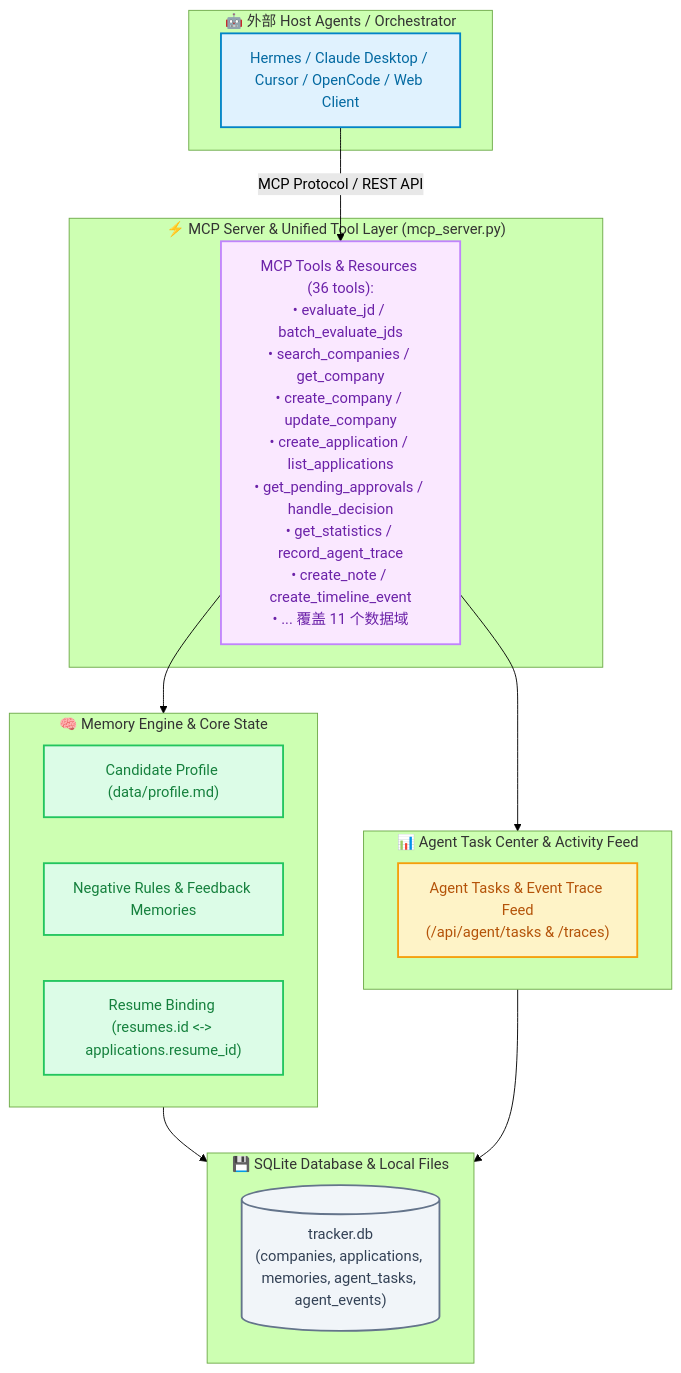
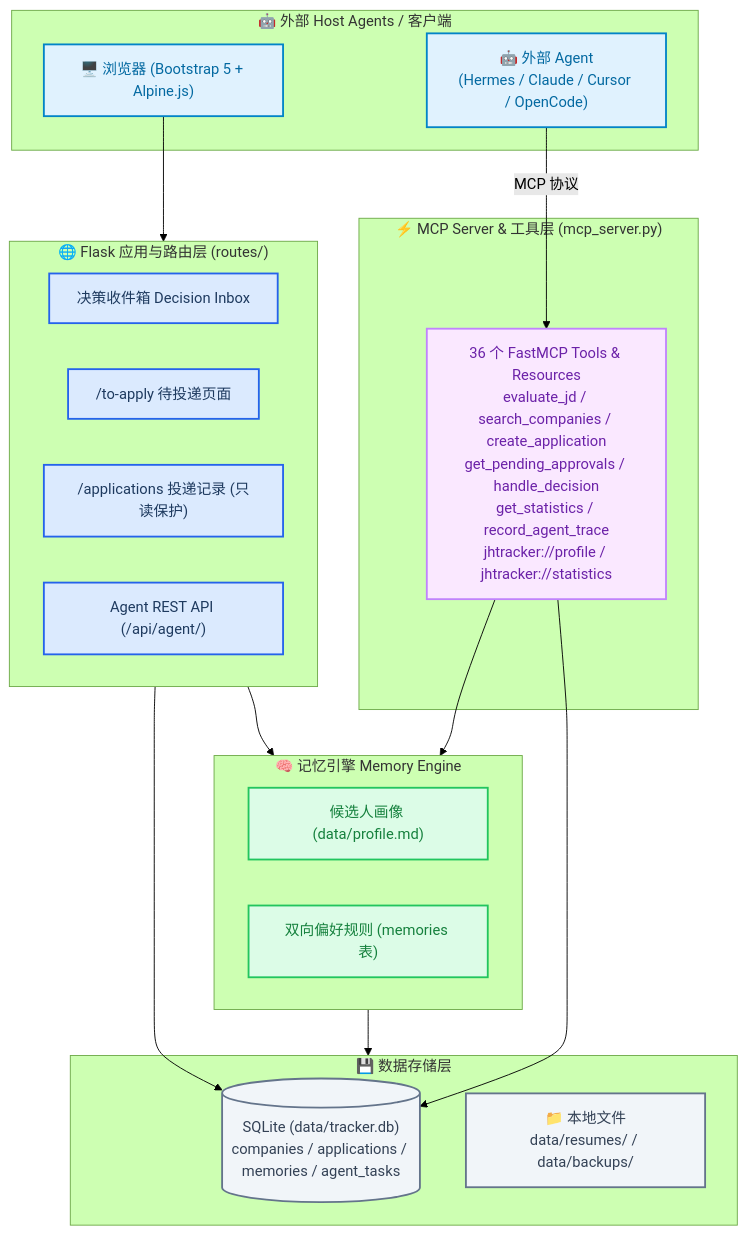
The fourth of 4 diagrams in README.md (wangyh775/JHTracker), drawn with Mermaid (forest theme) before and after one commit. The commit also changed other lines of this file and 20 other files, not shown here.

````diff
--- a/README.md
+++ b/README.md
@@ -63,45 +115,48 @@
 ```mermaid
 flowchart TB
-    accTitle: JHTracker Agent-Native Architecture
-    accDescr: Client and external host agents interact through MCP Server and Unified Tool Layer with Memory Engine, Agent Task & Trace Feed, and SQLite Storage
-
-    subgraph hosts ["🤖 外部 Host Agents / Orchestrator"]
-        agents["Hermes / Claude Desktop / Cursor / OpenCode / Web Client"]
+    subgraph Hosts ["🤖 外部 Host Agents / 客户端"]
+        Browser["🖥️ 浏览器 (Bootstrap 5 + Alpine.js)"]
+        ExternalAgents["🤖 外部 Agent<br/>(Hermes / Claude / Cursor / OpenCode)"]
     end
 
-    subgraph mcp ["⚡ MCP Server & Unified Tool Layer (mcp_server.py)"]
-        tools["MCP Tools & Resources (36 tools):<br/>• evaluate_jd / batch_evaluate_jds<br/>• search_companies / get_company<br/>• create_company / update_company<br/>• create_application / list_applications<br/>• get_pending_approvals / handle_decision<br/>• get_statistics / record_agent_trace<br/>• create_note / create_timeline_event<br/>• ... 覆盖 11 个数据域"]
+    subgraph MCP ["⚡ MCP Server & 工具层 (mcp_server.py)"]
+        MCPTools["36 个 FastMCP Tools & Resources<br/>evaluate_jd / search_companies / create_application<br/>get_pending_approvals / handle_decision<br/>get_statistics / record_agent_trace<br/>jhtracker://profile / jhtracker://statistics"]
     end
 
-    subgraph engine ["🧠 Memory Engine & Core State"]
-        profile["Candidate Profile (data/profile.md)"]
-        memories["Negative Rules & Feedback Memories"]
-        resume_bind["Resume Binding (resumes.id <-> applications.resume_id)"]
+    subgraph App ["🌐 Flask 应用与路由层 (routes/)"]
+        Dashboard["决策收件箱 Decision Inbox"]
+        ToApply["/to-apply 待投递页面"]
+        AppsRoute["/applications 投递记录 (只读保护)"]
+        AgentAPI["Agent REST API (/api/agent/)"]
     end
 
-    subgraph trace ["📊 Agent Task Center & Activity Feed"]
-        task_feed["Agent Tasks & Event Trace Feed<br/>(/api/agent/tasks & /traces)"]
+    subgraph Engine ["🧠 记忆引擎 Memory Engine"]
+        Profile["候选人画像 (data/profile.md)"]
+        Memories["双向偏好规则 (memories 表)"]
     end
 
-    subgraph storage ["💾 SQLite Database & Local Files"]
-        db[("tracker.db<br/>(companies, applications, memories, agent_tasks, agent_events)")]
+    subgraph Storage ["💾 数据存储层"]
+        DB[("SQLite (data/tracker.db)<br/>companies / applications / memories / agent_tasks")]
+        Files["📁 本地文件<br/>data/resumes/ / data/backups/"]
     end
 
-    agents -->|MCP Protocol / REST API| tools
-    tools --> engine
-    tools --> trace
-    engine --> storage
-    trace --> storage
+    Browser --> App
+    ExternalAgents -->|MCP 协议| MCPTools
+    MCPTools --> Engine
+    MCPTools --> DB
+    App --> Engine
+    App --> DB
+    Engine --> Storage
 
     classDef host fill:#e0f2fe,stroke:#0284c7,stroke-width:2px,color:#0369a1
     classDef mcp fill:#fae8ff,stroke:#c084fc,stroke-width:2px,color:#6b21a8
+    classDef app fill:#dbeafe,stroke:#2563eb,stroke-width:2px,color:#1e3a5f
     classDef engine fill:#dcfce7,stroke:#22c55e,stroke-width:2px,color:#15803d
-    classDef trace fill:#fef3c7,stroke:#f59e0b,stroke-width:2px,color:#b45309
     classDef storage fill:#f1f5f9,stroke:#64748b,stroke-width:2px,color:#334155
 
-    class agents host
-    class tools mcp
-    class profile,memories,resume_bind engine
-    class task_feed trace
-    class db storage
+    class Browser,ExternalAgents host
+    class MCPTools mcp
+    class Dashboard,ToApply,AppsRoute,AgentAPI app
+    class Profile,Memories engine
+    class DB,Files storage
 ```
````
